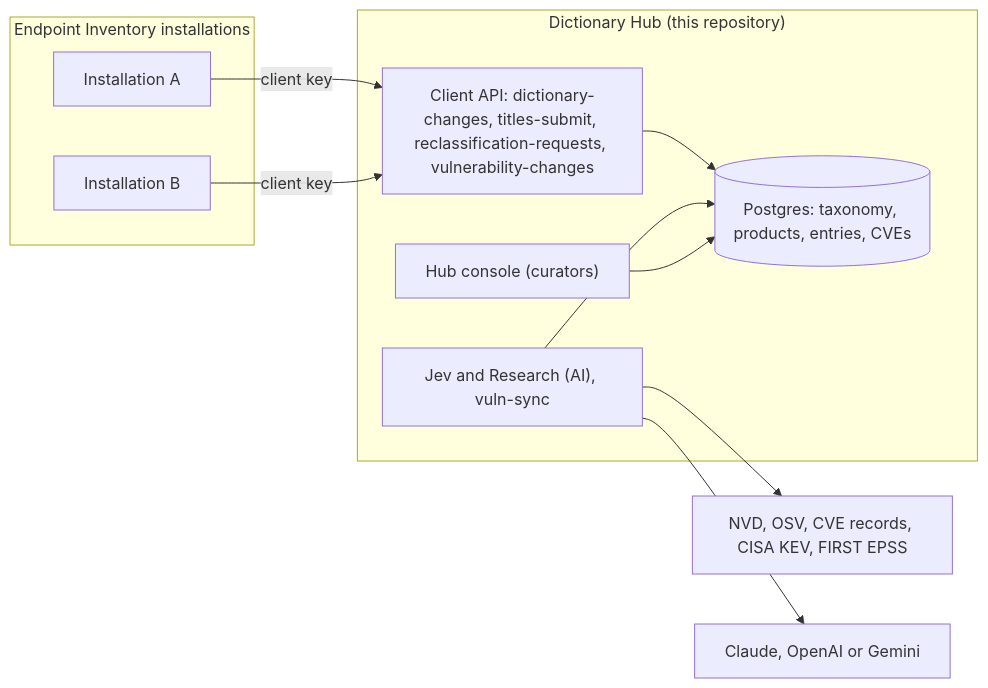
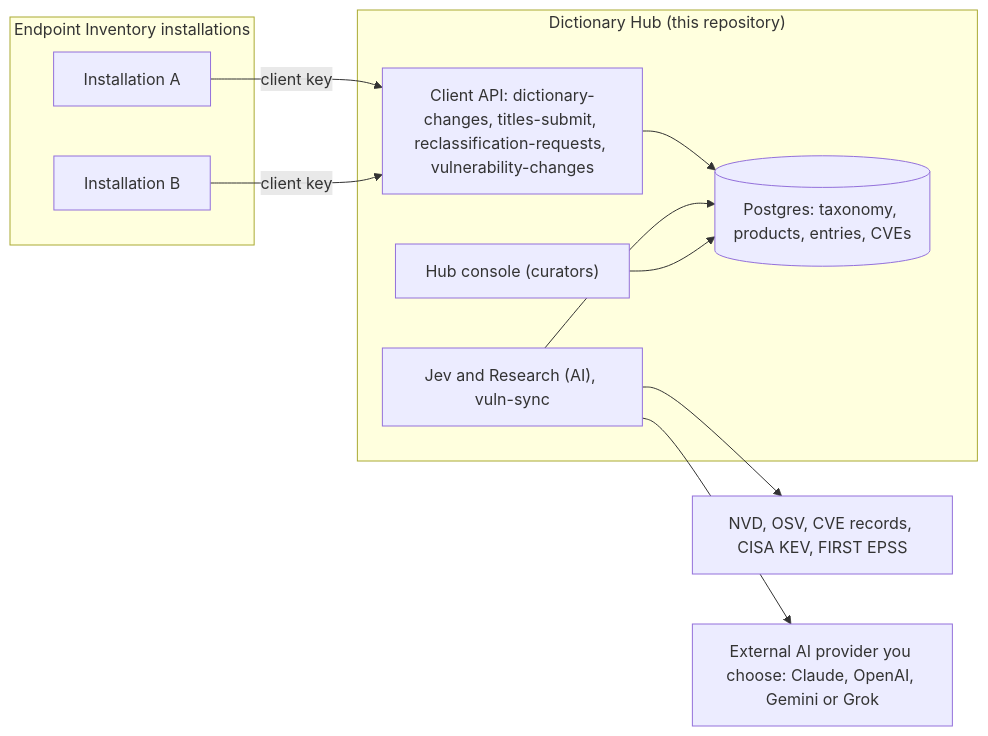
The diagram in README.md (loardracoon/software-inventory-hub), drawn with Mermaid before and after one commit. The commit also changed other lines of this file, not shown here.

First line of the commit message:
README: data flow and third-party AI processing

````diff
--- a/README.md
+++ b/README.md
@@ -56,22 +59,22 @@
 ```mermaid
 flowchart LR
   subgraph Clients["Endpoint Inventory installations"]
     A["Installation A"]
     B["Installation B"]
   end
   subgraph Hub["Dictionary Hub (this repository)"]
     API["Client API: dictionary-changes, titles-submit, reclassification-requests, vulnerability-changes"]
     DB[("Postgres: taxonomy, products, entries, CVEs")]
     Engines["Jev and Research (AI), vuln-sync"]
     Console["Hub console (curators)"]
   end
   Sources["NVD, OSV, CVE records, CISA KEV, FIRST EPSS"]
-  AI["Claude, OpenAI or Gemini"]
+  AI["External AI provider you choose: Claude, OpenAI, Gemini or Grok"]
   A -- "client key" --> API
   B -- "client key" --> API
   API --> DB
   Engines --> DB
   Engines --> AI
   Engines --> Sources
   Console --> DB
 ```
````
